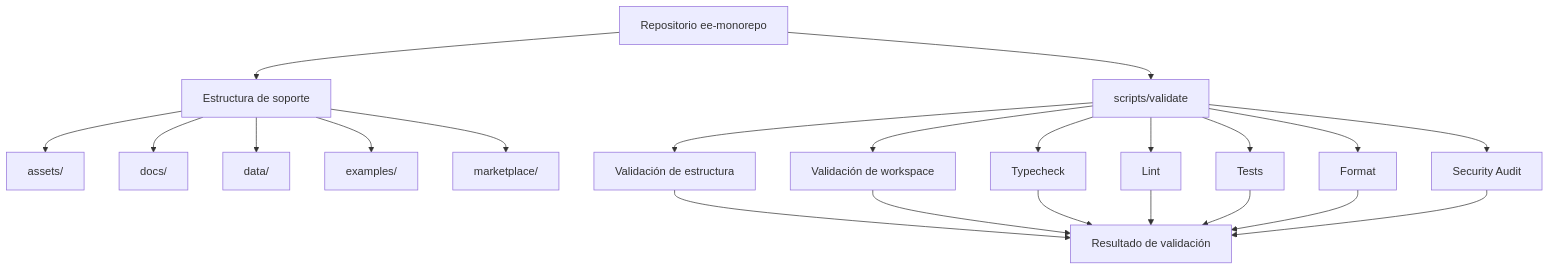
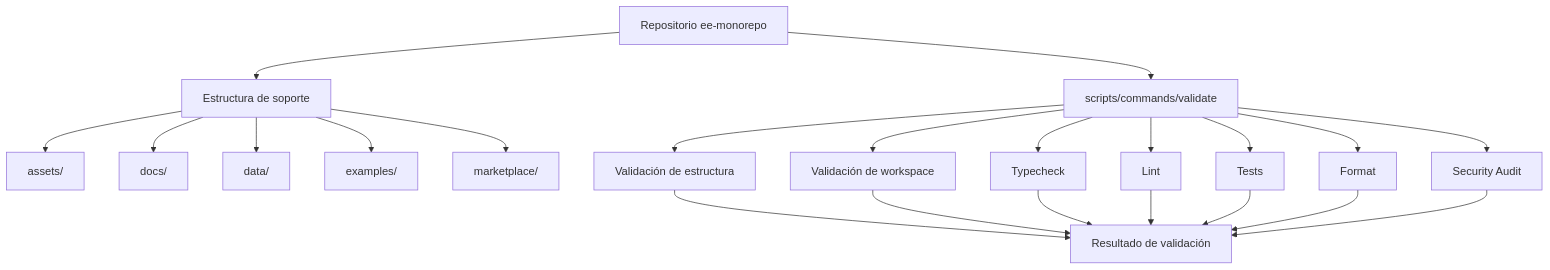
Before and after one commit to EQ-LABS-TECH/ee-monorepo: the first of 2 diagrams in docs/developer/EE-IMP-006-P08_Repository_Support_Structure.md, drawn with Mermaid. The commit also changed other lines of this file and 153 other files, not shown here.

````diff
--- a/docs/developer/EE-IMP-006-P08_Repository_Support_Structure.md
+++ b/docs/developer/EE-IMP-006-P08_Repository_Support_Structure.md
@@ -201,28 +201,28 @@
 ```mermaid
 flowchart TD
  A["Repositorio ee-monorepo"] --> B["Estructura de soporte"]
 
  B --> C["assets/"]
  B --> D["docs/"]
  B --> E["data/"]
  B --> F["examples/"]
  B --> G["marketplace/"]
 
- A --> H["scripts/validate"]
+ A --> H["scripts/commands/validate"]
 
  H --> I["Validación de estructura"]
  H --> J["Validación de workspace"]
  H --> K["Typecheck"]
  H --> L["Lint"]
  H --> M["Tests"]
  H --> N["Format"]
  H --> O["Security Audit"]
 
  I --> P["Resultado de validación"]
  J --> P
  K --> P
  L --> P
  M --> P
  N --> P
  O --> P
 ```
````
